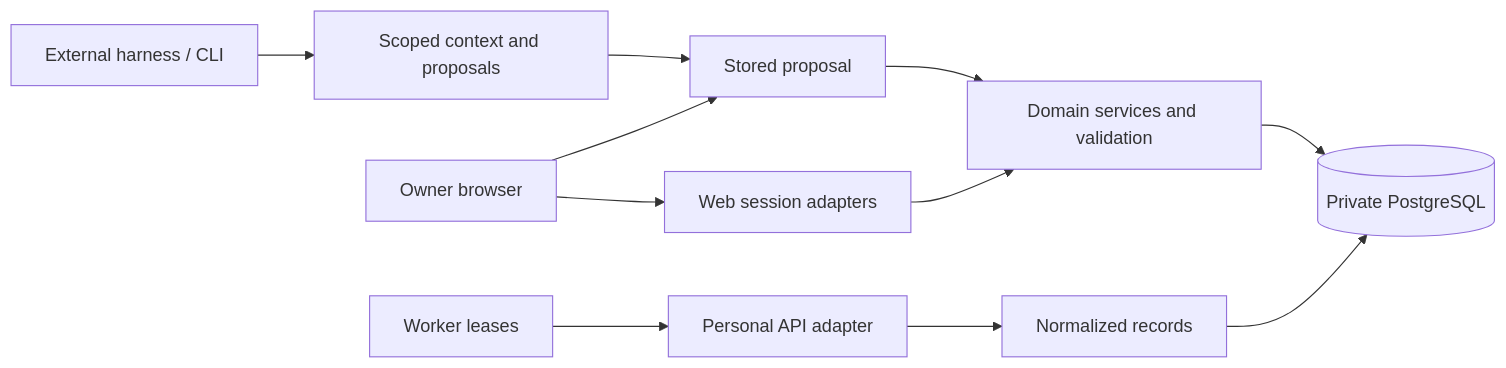
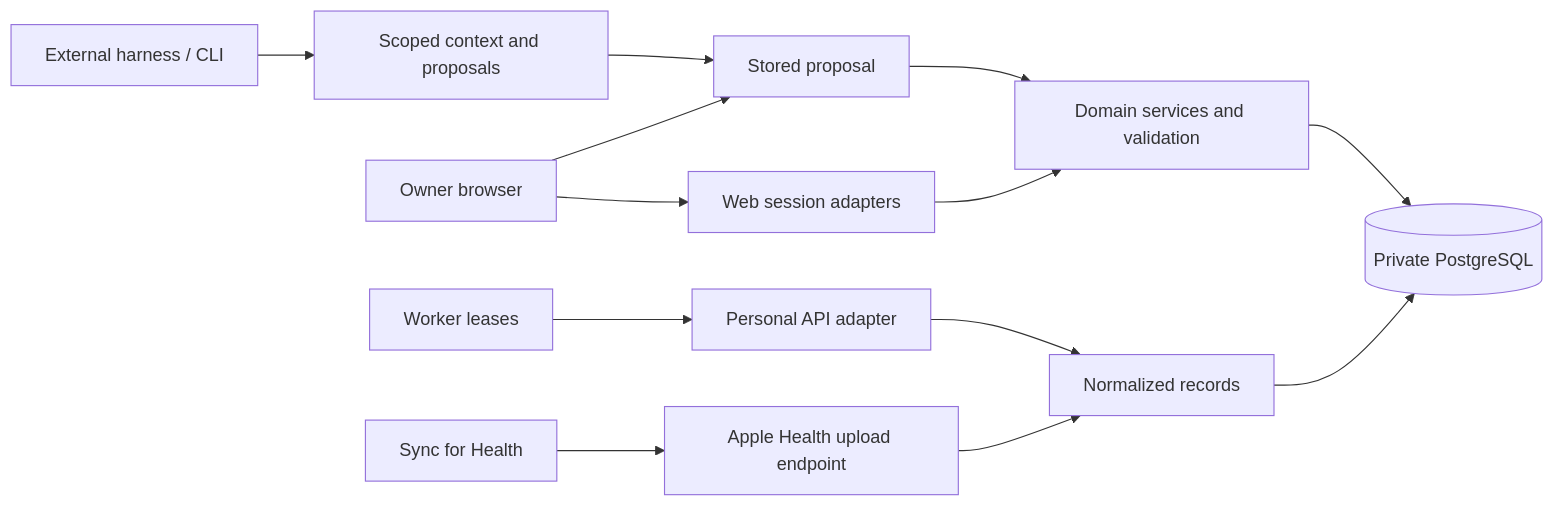
The diagram in docs/architecture.md (bidulelabs/athlete-panel), drawn with Mermaid before and after one commit. The commit also changed other lines of this file and 83 other files, not shown here.

Commit message:
Add Apple Health workout sync and activity source setup

````diff
--- a/docs/architecture.md
+++ b/docs/architecture.md
@@ -39,13 +39,15 @@
 ```mermaid
 flowchart LR
   UI[Owner browser] --> API[Web session adapters]
   Agent[External harness / CLI] --> Bridge[Scoped context and proposals]
   Bridge --> Review[Stored proposal]
   UI --> Review
   Review --> Domain[Domain services and validation]
   API --> Domain
   Domain --> DB[(Private PostgreSQL)]
   Worker[Worker leases] --> Garmin[Personal API adapter]
   Garmin --> Records[Normalized records]
+  Phone[Sync for Health] --> Ingest[Apple Health upload endpoint]
+  Ingest --> Records
   Records --> DB
 ```
````
